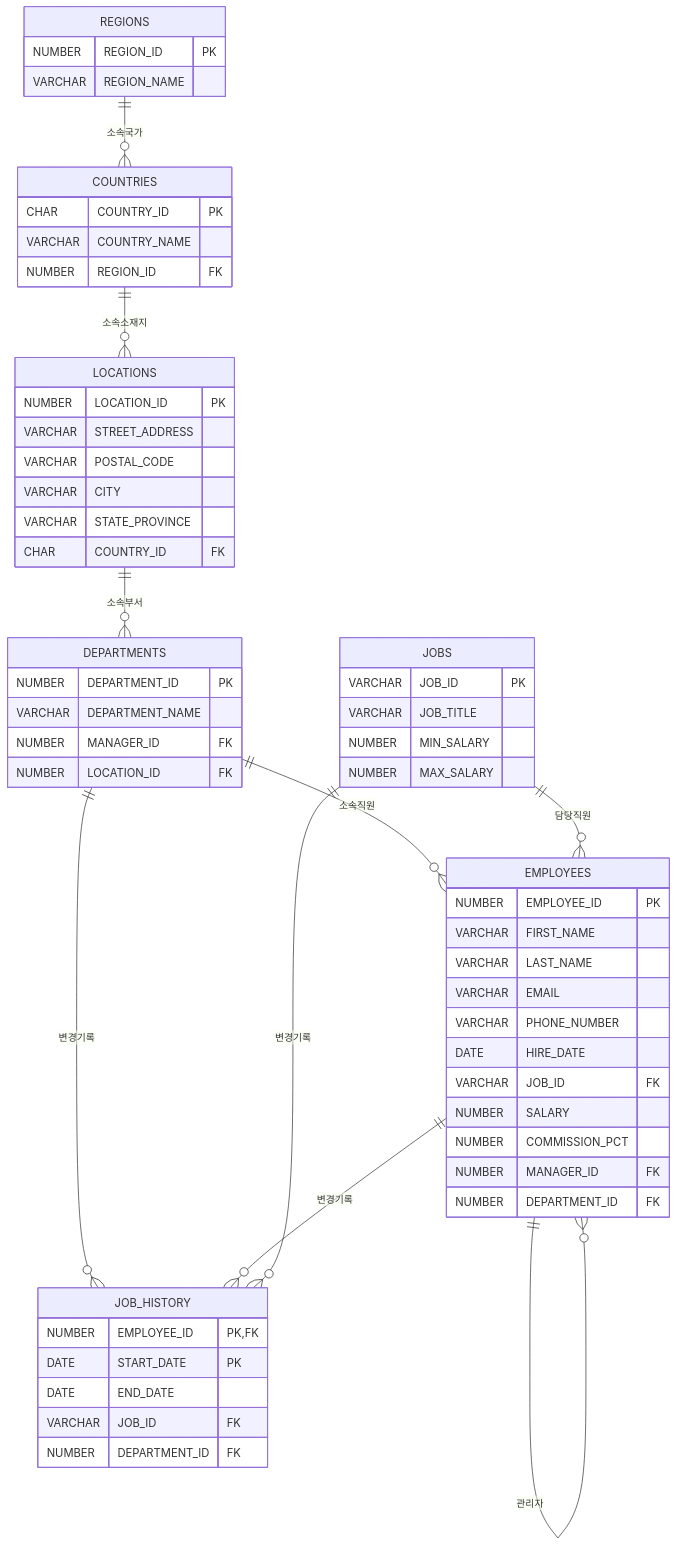
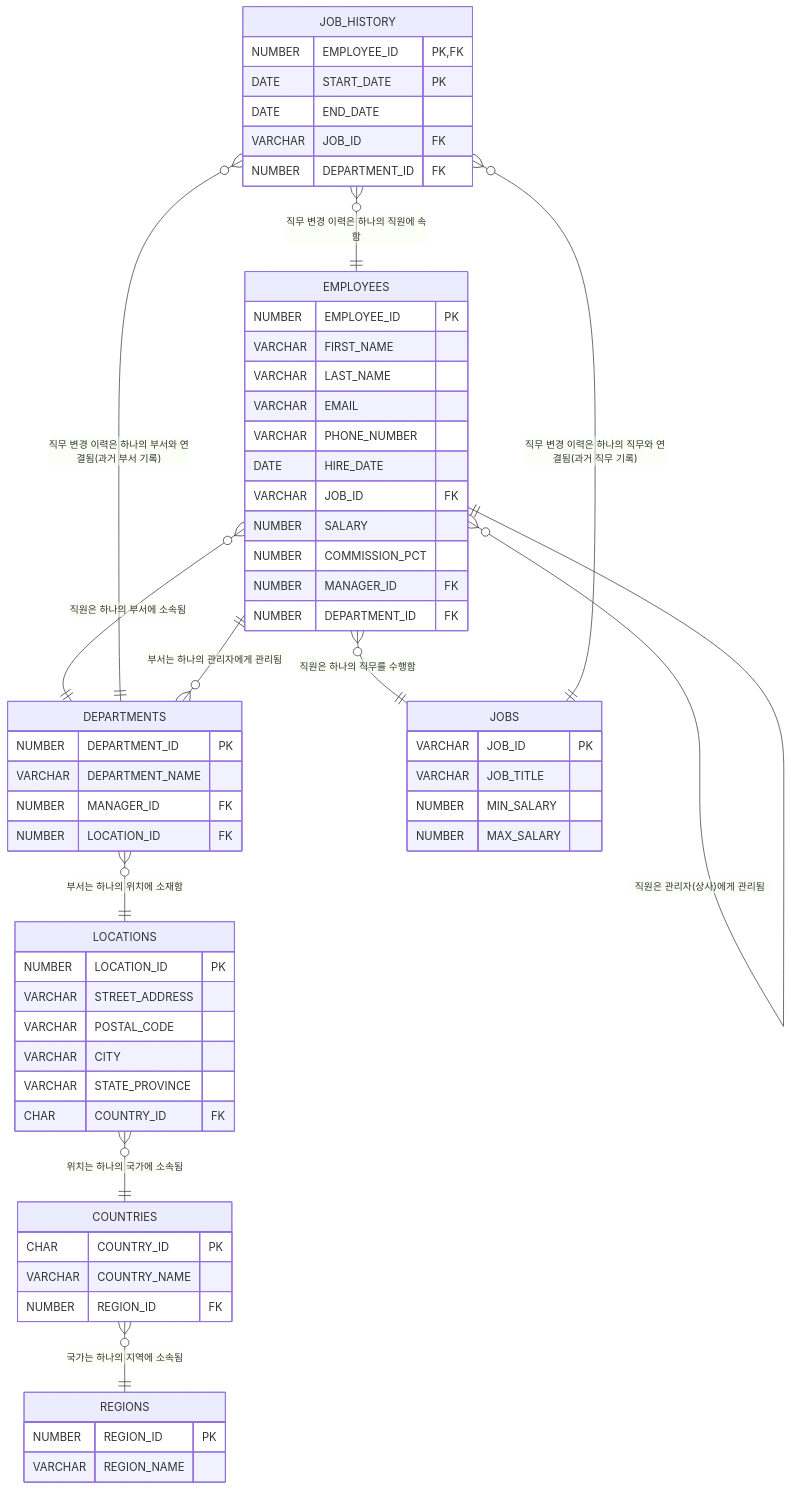
One commit to eungsu/lecture-notes changed the diagram in db/실습테이블.md. Above: the diagram before and after it, drawn with Mermaid.

Commit message:
hr 스키마

````diff
--- a/db/실습테이블.md
+++ b/db/실습테이블.md
@@ -153,72 +153,74 @@
 ```mermaid
 erDiagram
     EMPLOYEES {
         NUMBER EMPLOYEE_ID PK
         VARCHAR FIRST_NAME
         VARCHAR LAST_NAME
         VARCHAR EMAIL
         VARCHAR PHONE_NUMBER
         DATE HIRE_DATE
         VARCHAR JOB_ID FK
         NUMBER SALARY
         NUMBER COMMISSION_PCT
         NUMBER MANAGER_ID FK
         NUMBER DEPARTMENT_ID FK
     }
     
     DEPARTMENTS {
         NUMBER DEPARTMENT_ID PK
         VARCHAR DEPARTMENT_NAME
         NUMBER MANAGER_ID FK
         NUMBER LOCATION_ID FK
     }
     
     JOBS {
         VARCHAR JOB_ID PK
         VARCHAR JOB_TITLE
         NUMBER MIN_SALARY
         NUMBER MAX_SALARY
     }
     
     JOB_HISTORY {
         NUMBER EMPLOYEE_ID PK, FK
         DATE START_DATE PK
         DATE END_DATE
         VARCHAR JOB_ID FK
         NUMBER DEPARTMENT_ID FK
     }
     
     LOCATIONS {
         NUMBER LOCATION_ID PK
         VARCHAR STREET_ADDRESS
         VARCHAR POSTAL_CODE
         VARCHAR CITY
         VARCHAR STATE_PROVINCE
         CHAR COUNTRY_ID FK
     }
     
     COUNTRIES {
         CHAR COUNTRY_ID PK
         VARCHAR COUNTRY_NAME
         NUMBER REGION_ID FK
     }
     
     REGIONS {
         NUMBER REGION_ID PK
         VARCHAR REGION_NAME
     }
 
-    DEPARTMENTS ||--o{ EMPLOYEES : "소속직원"
+    EMPLOYEES }o--|| DEPARTMENTS : "직원은 하나의 부서에 소속됨"
+    EMPLOYEES }o--|| JOBS : "직원은 하나의 직무를 수행함"
+    EMPLOYEES }o--|| EMPLOYEES : "직원은 관리자(상사)에게 관리됨"
 
-    DEPARTMENTS ||--o{ JOB_HISTORY : "변경기록"
-    EMPLOYEES ||--o{ JOB_HISTORY : "변경기록"
-    JOBS ||--o{ JOB_HISTORY : "변경기록"
-     
-    JOBS ||--o{ EMPLOYEES : "담당직원"
-    EMPLOYEES ||--o{ EMPLOYEES : "관리자"
+    JOB_HISTORY }o--|| EMPLOYEES : "직무 변경 이력은 하나의 직원에 속함"
+    JOB_HISTORY }o--|| JOBS : "직무 변경 이력은 하나의 직무와 연결됨(과거 직무 기록)"
+    JOB_HISTORY }o--|| DEPARTMENTS : "직무 변경 이력은 하나의 부서와 연결됨(과거 부서 기록)"
 
-    REGIONS ||--o{ COUNTRIES : "소속국가"
-    COUNTRIES ||--o{ LOCATIONS : "소속소재지"
-    LOCATIONS ||--o{ DEPARTMENTS : "소속부서"
+    DEPARTMENTS }o--|| LOCATIONS : "부서는 하나의 위치에 소재함"
+    DEPARTMENTS }o--|| EMPLOYEES : "부서는 하나의 관리자에게 관리됨"
+
+    LOCATIONS }o--|| COUNTRIES : "위치는 하나의 국가에 소속됨"
+
+    COUNTRIES }o--|| REGIONS : "국가는 하나의 지역에 소속됨"
 
 ```
````
